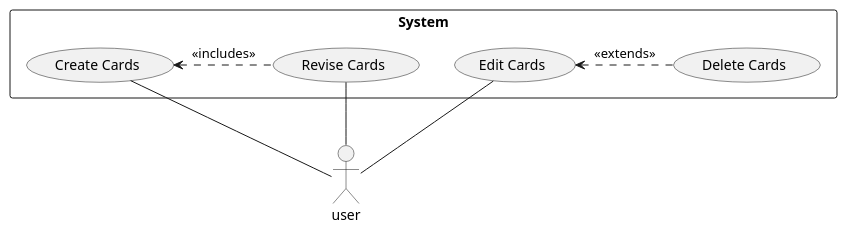
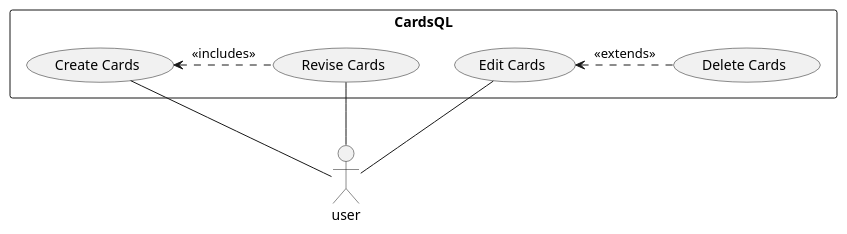
One commit to dinesh-58/college-files changed the first of 2 diagrams in 4th-sem/project-1/final-report/final-report.org. Above: the diagram before and after it, drawn with PlantUML. The commit also changed other lines of this file and 9 other files, not shown here.

```diff
--- a/4th-sem/project-1/final-report/final-report.org
+++ b/4th-sem/project-1/final-report/final-report.org
@@ -320,18 +347,18 @@
 #+begin_src plantuml :file diagrams/use-case-diagram.svg
   @startumL
   skinparam 300 dpi
   skinparam packageStyle rectangle
   actor user as u
-  rectangle System {
+  rectangle CardsQL {
           (Create Cards) as (CC)
           (Revise Cards) as (RC)
           (Edit Cards) as (EC)
           (Delete Cards) as (DC)
           u -up- (CC)
           u -up- (RC)
           u -up- (EC)
           (RC) .left.> (CC) :<<includes>>
           (DC) .left.> (EC) :<<extends>>
   }
   @enduml
 #+end_src
```
